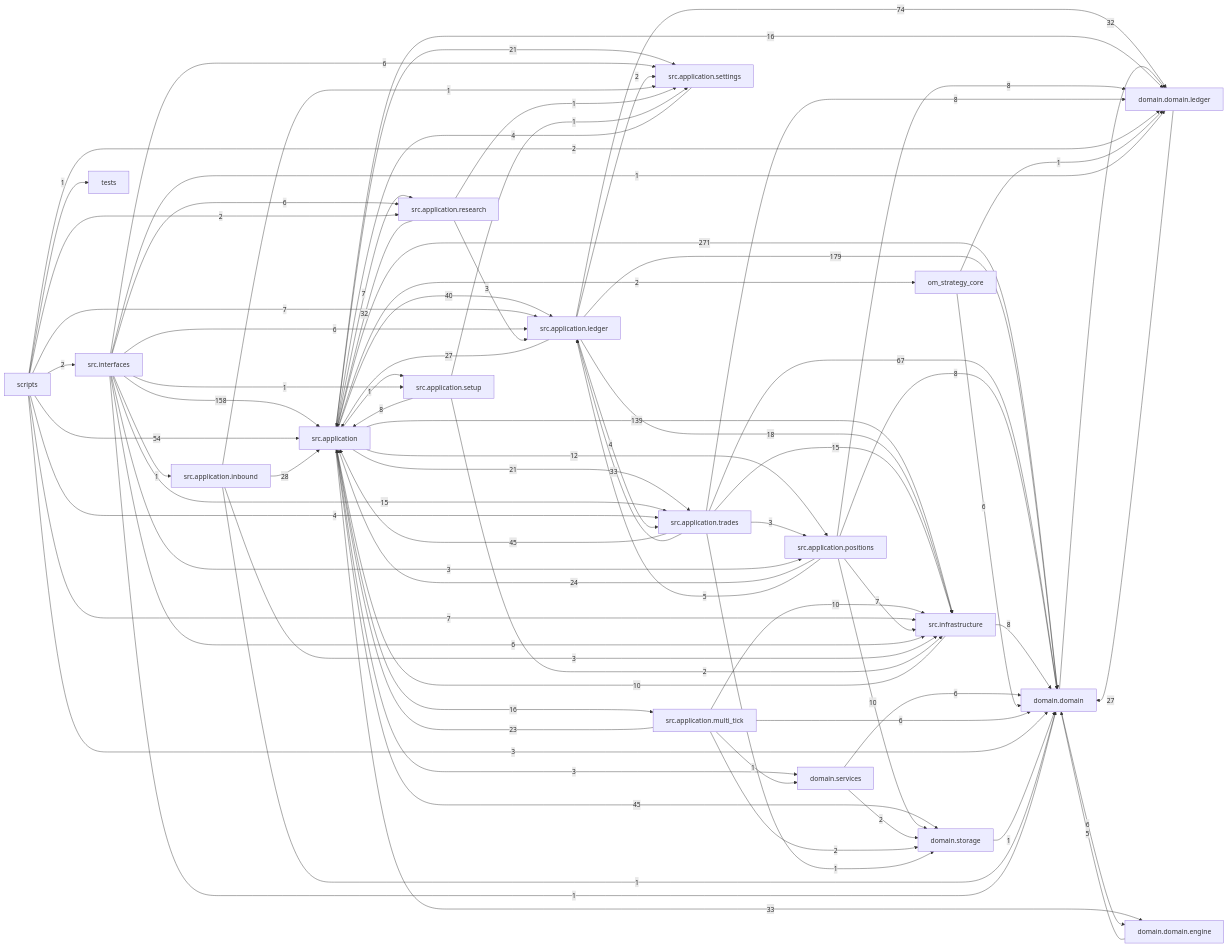
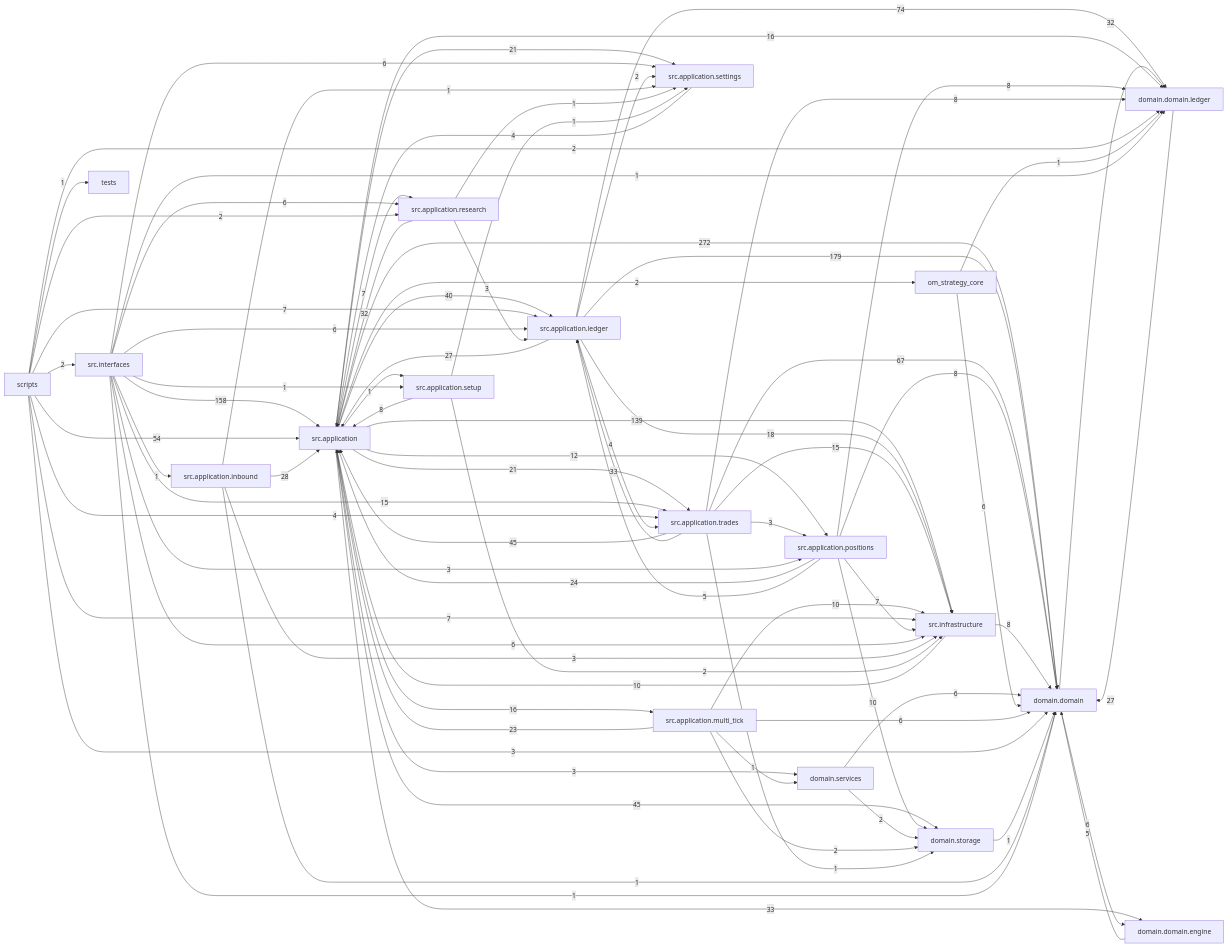
One commit to liuxie066/options-monitor changed the diagram in docs/dependency_graph.mmd. Above: the diagram before and after it, drawn with Mermaid. The commit also changed 12 other files, not shown here.

```diff
--- a/docs/dependency_graph.mmd
+++ b/docs/dependency_graph.mmd
@@ -1,81 +1,81 @@
 flowchart LR
-  src_application["src.application"] -->|271| domain_domain["domain.domain"]
+  src_application["src.application"] -->|272| domain_domain["domain.domain"]
   src_application_ledger["src.application.ledger"] -->|179| domain_domain["domain.domain"]
   src_interfaces["src.interfaces"] -->|158| src_application["src.application"]
   src_application["src.application"] -->|139| src_infrastructure["src.infrastructure"]
   src_application_ledger["src.application.ledger"] -->|74| domain_domain_ledger["domain.domain.ledger"]
   src_application_trades["src.application.trades"] -->|67| domain_domain["domain.domain"]
   scripts["scripts"] -->|54| src_application["src.application"]
   src_application["src.application"] -->|45| domain_storage["domain.storage"]
   src_application_trades["src.application.trades"] -->|45| src_application["src.application"]
   src_application["src.application"] -->|40| src_application_ledger["src.application.ledger"]
   src_application["src.application"] -->|33| domain_domain_engine["domain.domain.engine"]
   src_application_trades["src.application.trades"] -->|33| src_application_ledger["src.application.ledger"]
   domain_domain["domain.domain"] -->|32| domain_domain_ledger["domain.domain.ledger"]
   src_application_research["src.application.research"] -->|32| src_application["src.application"]
   src_application_inbound["src.application.inbound"] -->|28| src_application["src.application"]
   domain_domain_ledger["domain.domain.ledger"] -->|27| domain_domain["domain.domain"]
   src_application_ledger["src.application.ledger"] -->|27| src_application["src.application"]
   src_application_positions["src.application.positions"] -->|24| src_application["src.application"]
   src_application_multi_tick["src.application.multi_tick"] -->|23| src_application["src.application"]
   src_application["src.application"] -->|21| src_application_settings["src.application.settings"]
   src_application["src.application"] -->|21| src_application_trades["src.application.trades"]
   src_application_ledger["src.application.ledger"] -->|18| src_infrastructure["src.infrastructure"]
   src_application["src.application"] -->|16| domain_domain_ledger["domain.domain.ledger"]
   src_application["src.application"] -->|16| src_application_multi_tick["src.application.multi_tick"]
   src_application_trades["src.application.trades"] -->|15| src_infrastructure["src.infrastructure"]
   src_interfaces["src.interfaces"] -->|15| src_application_trades["src.application.trades"]
   src_application["src.application"] -->|12| src_application_positions["src.application.positions"]
   src_application_multi_tick["src.application.multi_tick"] -->|10| src_infrastructure["src.infrastructure"]
   src_application_positions["src.application.positions"] -->|10| domain_storage["domain.storage"]
   src_infrastructure["src.infrastructure"] -->|10| src_application["src.application"]
   src_application_positions["src.application.positions"] -->|8| domain_domain["domain.domain"]
   src_application_positions["src.application.positions"] -->|8| domain_domain_ledger["domain.domain.ledger"]
   src_application_setup["src.application.setup"] -->|8| src_application["src.application"]
   src_application_trades["src.application.trades"] -->|8| domain_domain_ledger["domain.domain.ledger"]
   src_infrastructure["src.infrastructure"] -->|8| domain_domain["domain.domain"]
   scripts["scripts"] -->|7| src_application_ledger["src.application.ledger"]
   scripts["scripts"] -->|7| src_infrastructure["src.infrastructure"]
   src_application["src.application"] -->|7| src_application_research["src.application.research"]
   src_application_positions["src.application.positions"] -->|7| src_infrastructure["src.infrastructure"]
   domain_domain["domain.domain"] -->|6| domain_domain_engine["domain.domain.engine"]
   domain_services["domain.services"] -->|6| domain_domain["domain.domain"]
   om_strategy_core["om_strategy_core"] -->|6| domain_domain["domain.domain"]
   src_application_multi_tick["src.application.multi_tick"] -->|6| domain_domain["domain.domain"]
   src_interfaces["src.interfaces"] -->|6| src_application_ledger["src.application.ledger"]
   src_interfaces["src.interfaces"] -->|6| src_application_research["src.application.research"]
   src_interfaces["src.interfaces"] -->|6| src_application_settings["src.application.settings"]
   src_interfaces["src.interfaces"] -->|6| src_infrastructure["src.infrastructure"]
   domain_domain_engine["domain.domain.engine"] -->|5| domain_domain["domain.domain"]
   src_application_positions["src.application.positions"] -->|5| src_application_ledger["src.application.ledger"]
   scripts["scripts"] -->|4| src_application_trades["src.application.trades"]
   src_application_ledger["src.application.ledger"] -->|4| src_application_trades["src.application.trades"]
   src_application_settings["src.application.settings"] -->|4| src_application["src.application"]
   scripts["scripts"] -->|3| domain_domain["domain.domain"]
   src_application["src.application"] -->|3| domain_services["domain.services"]
   src_application_inbound["src.application.inbound"] -->|3| src_infrastructure["src.infrastructure"]
   src_application_research["src.application.research"] -->|3| src_application_ledger["src.application.ledger"]
   src_application_trades["src.application.trades"] -->|3| src_application_positions["src.application.positions"]
   src_interfaces["src.interfaces"] -->|3| src_application_positions["src.application.positions"]
   domain_services["domain.services"] -->|2| domain_storage["domain.storage"]
   scripts["scripts"] -->|2| domain_domain_ledger["domain.domain.ledger"]
   scripts["scripts"] -->|2| src_application_research["src.application.research"]
   scripts["scripts"] -->|2| src_interfaces["src.interfaces"]
   src_application["src.application"] -->|2| om_strategy_core["om_strategy_core"]
   src_application_ledger["src.application.ledger"] -->|2| src_application_settings["src.application.settings"]
   src_application_multi_tick["src.application.multi_tick"] -->|2| domain_storage["domain.storage"]
   src_application_setup["src.application.setup"] -->|2| src_infrastructure["src.infrastructure"]
   domain_storage["domain.storage"] -->|1| domain_domain["domain.domain"]
   om_strategy_core["om_strategy_core"] -->|1| domain_domain_ledger["domain.domain.ledger"]
   scripts["scripts"] -->|1| tests["tests"]
   src_application["src.application"] -->|1| src_application_setup["src.application.setup"]
   src_application_inbound["src.application.inbound"] -->|1| domain_domain["domain.domain"]
   src_application_inbound["src.application.inbound"] -->|1| src_application_settings["src.application.settings"]
   src_application_multi_tick["src.application.multi_tick"] -->|1| domain_services["domain.services"]
   src_application_research["src.application.research"] -->|1| src_application_settings["src.application.settings"]
   src_application_setup["src.application.setup"] -->|1| src_application_settings["src.application.settings"]
   src_application_trades["src.application.trades"] -->|1| domain_storage["domain.storage"]
   src_interfaces["src.interfaces"] -->|1| domain_domain["domain.domain"]
   src_interfaces["src.interfaces"] -->|1| domain_domain_ledger["domain.domain.ledger"]
   src_interfaces["src.interfaces"] -->|1| src_application_inbound["src.application.inbound"]
   src_interfaces["src.interfaces"] -->|1| src_application_setup["src.application.setup"]
```
